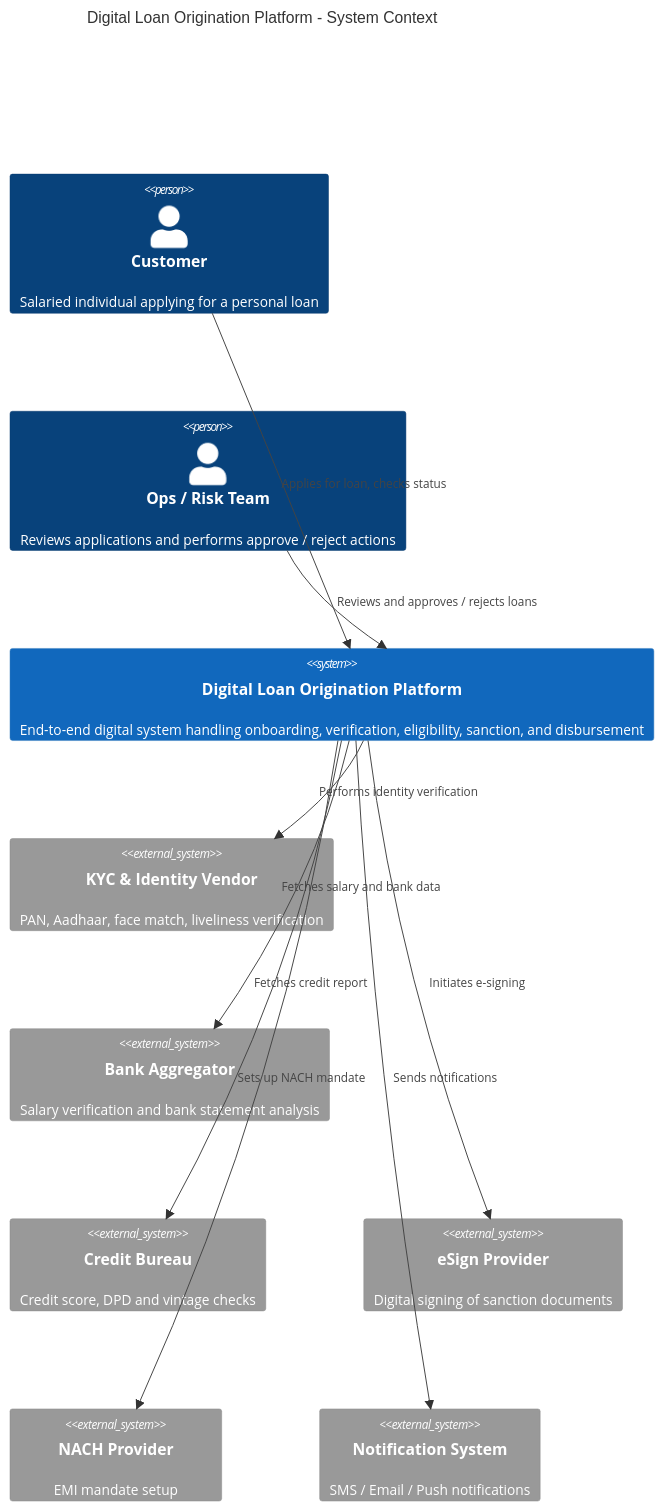
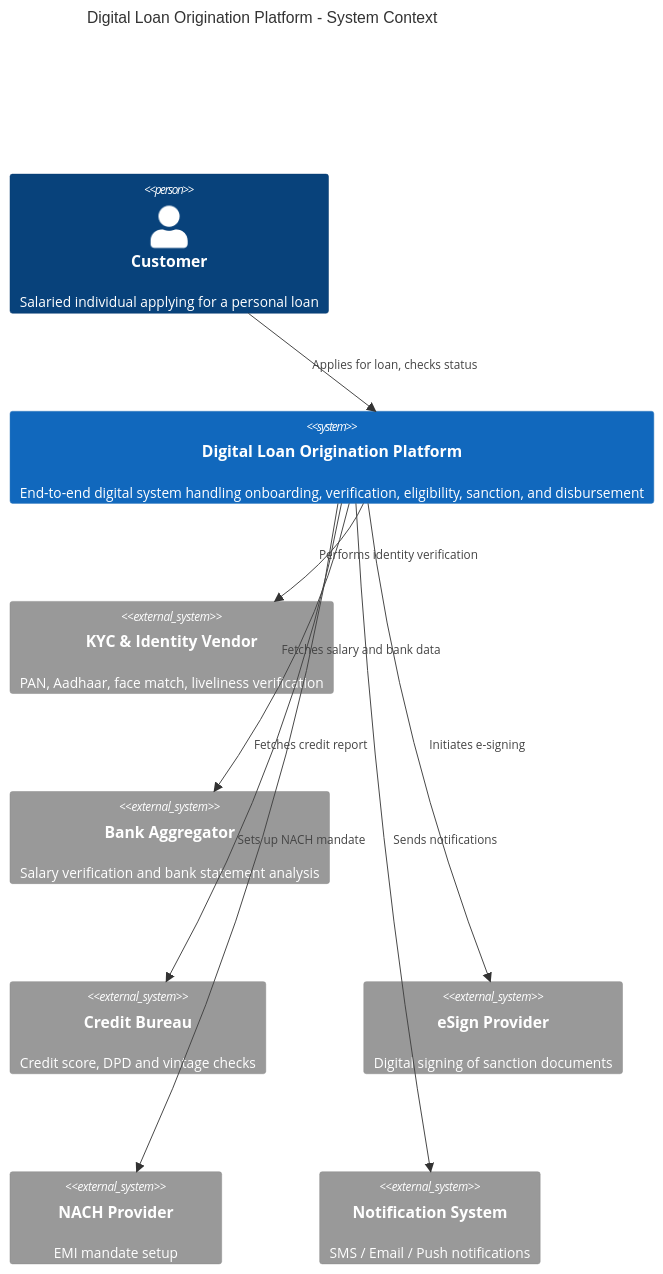
One commit to digital-loan-org/digital-loan-architecture changed the diagram in docs/architecture-overview/daigrams/system-context/c4-context.mmd. Above: the diagram before and after it, drawn with Mermaid. The commit also changed 14 other files, not shown here.

```diff
--- a/docs/architecture-overview/daigrams/system-context/c4-context.mmd
+++ b/docs/architecture-overview/daigrams/system-context/c4-context.mmd
@@ -1,24 +1,22 @@
 C4Context
     title Digital Loan Origination Platform - System Context
 
     Person(customer, "Customer", "Salaried individual applying for a personal loan")
-    Person(ops, "Ops / Risk Team", "Reviews applications and performs approve / reject actions")
 
     System(loan_platform, "Digital Loan Origination Platform", "End-to-end digital system handling onboarding, verification, eligibility, sanction, and disbursement")
 
     System_Ext(kyc_vendor, "KYC & Identity Vendor", "PAN, Aadhaar, face match, liveliness verification")
     System_Ext(bank_vendor, "Bank Aggregator", "Salary verification and bank statement analysis")
     System_Ext(bureau_vendor, "Credit Bureau", "Credit score, DPD and vintage checks")
     System_Ext(esign_vendor, "eSign Provider", "Digital signing of sanction documents")
     System_Ext(nach_vendor, "NACH Provider", "EMI mandate setup")
     System_Ext(notification_system, "Notification System", "SMS / Email / Push notifications")
 
     Rel(customer, loan_platform, "Applies for loan, checks status")
-    Rel(ops, loan_platform, "Reviews and approves / rejects loans")
 
     Rel(loan_platform, kyc_vendor, "Performs identity verification")
     Rel(loan_platform, bank_vendor, "Fetches salary and bank data")
     Rel(loan_platform, bureau_vendor, "Fetches credit report")
     Rel(loan_platform, esign_vendor, "Initiates e-signing")
     Rel(loan_platform, nach_vendor, "Sets up NACH mandate")
     Rel(loan_platform, notification_system, "Sends notifications")
```
